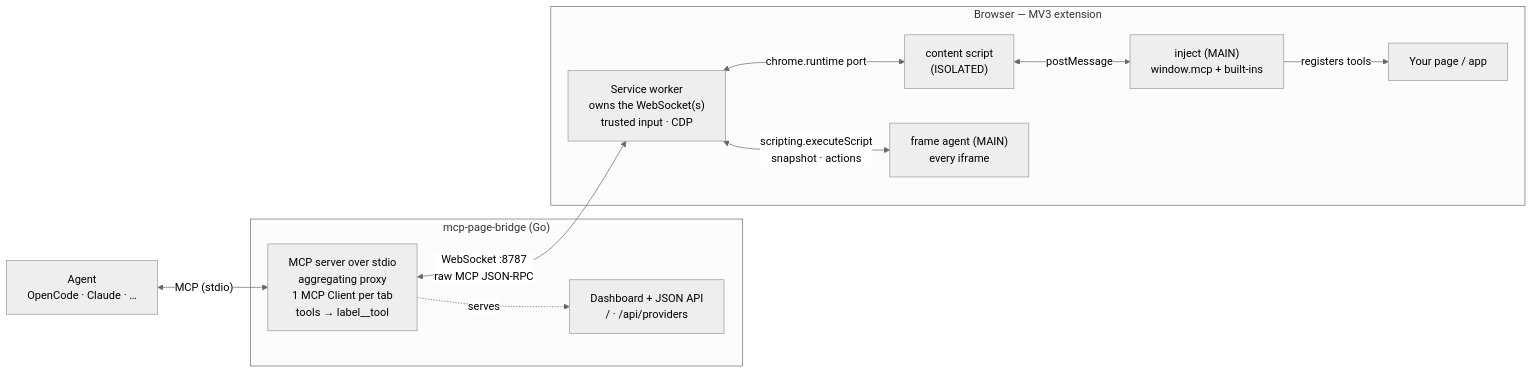
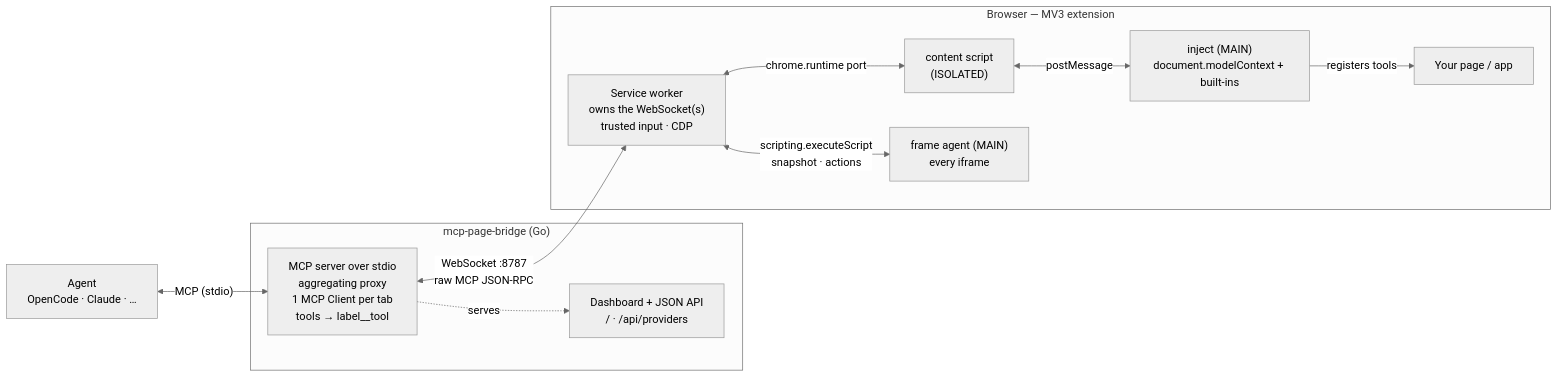
One commit to rytsh/mcp-page-bridge changed the diagram in README.md. Above: the diagram before and after it, drawn with Mermaid (neutral theme). The commit also changed other lines of this file and 37 other files, not shown here.

````diff
--- a/README.md
+++ b/README.md
@@ -22,25 +22,25 @@
 ```mermaid
 flowchart LR
     A["Agent<br/>OpenCode · Claude · …"]
 
     subgraph bridge["mcp-page-bridge (Go)"]
         B["MCP server over stdio<br/>aggregating proxy<br/>1 MCP Client per tab<br/>tools → label__tool"]
         D["Dashboard + JSON API<br/>/ · /api/providers"]
     end
 
     subgraph ext["Browser — MV3 extension"]
         SW["Service worker<br/>owns the WebSocket(s)<br/>trusted input · CDP"]
         CS["content script<br/>(ISOLATED)"]
-        IN["inject (MAIN)<br/>window.mcp + built-ins"]
+        IN["inject (MAIN)<br/>document.modelContext + built-ins"]
         FR["frame agent (MAIN)<br/>every iframe"]
         PG["Your page / app"]
     end
 
     A <-->|"MCP (stdio)"| B
     B <-->|"WebSocket :8787<br/>raw MCP JSON-RPC"| SW
     SW <-->|"chrome.runtime port"| CS
     CS <-->|"postMessage"| IN
     IN -->|"registers tools"| PG
     SW <-->|"scripting.executeScript<br/>snapshot · actions"| FR
     B -.->|serves| D
 ```
````
